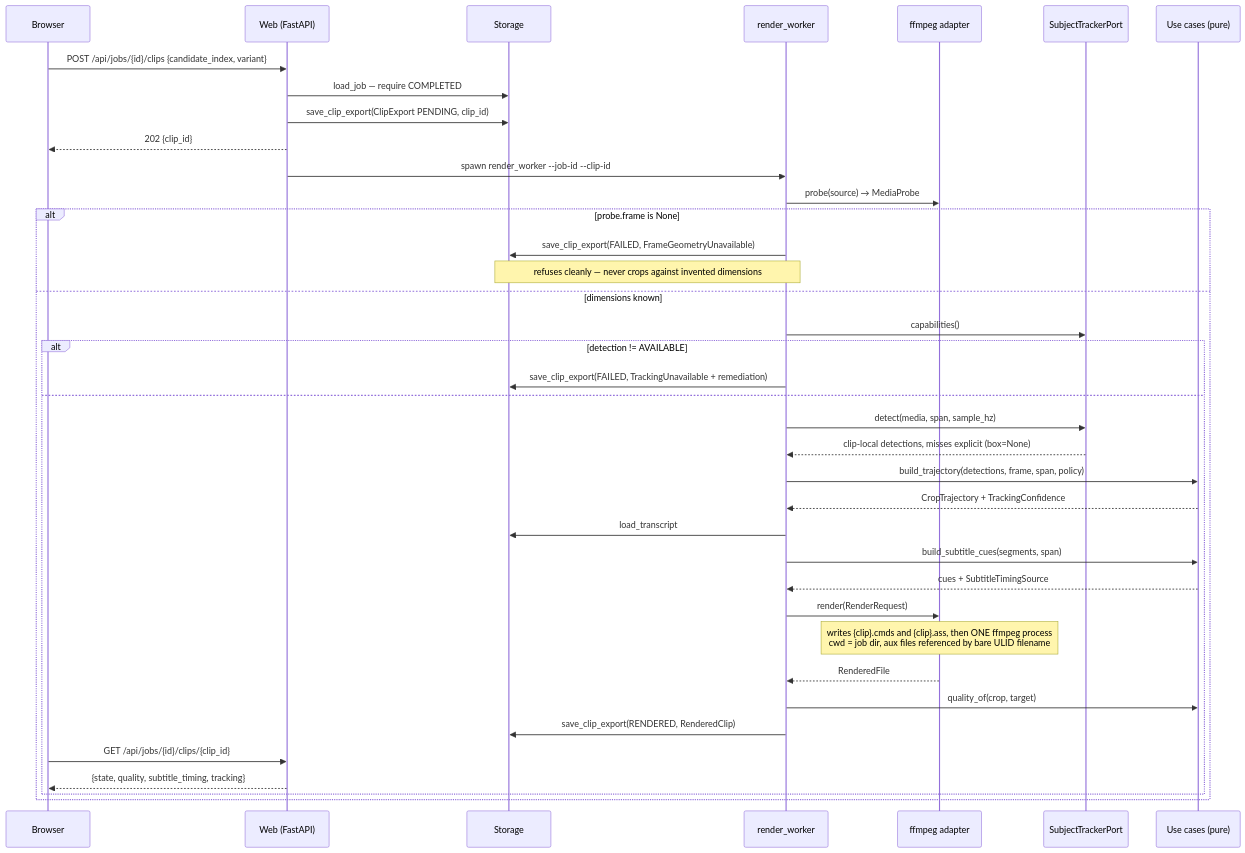
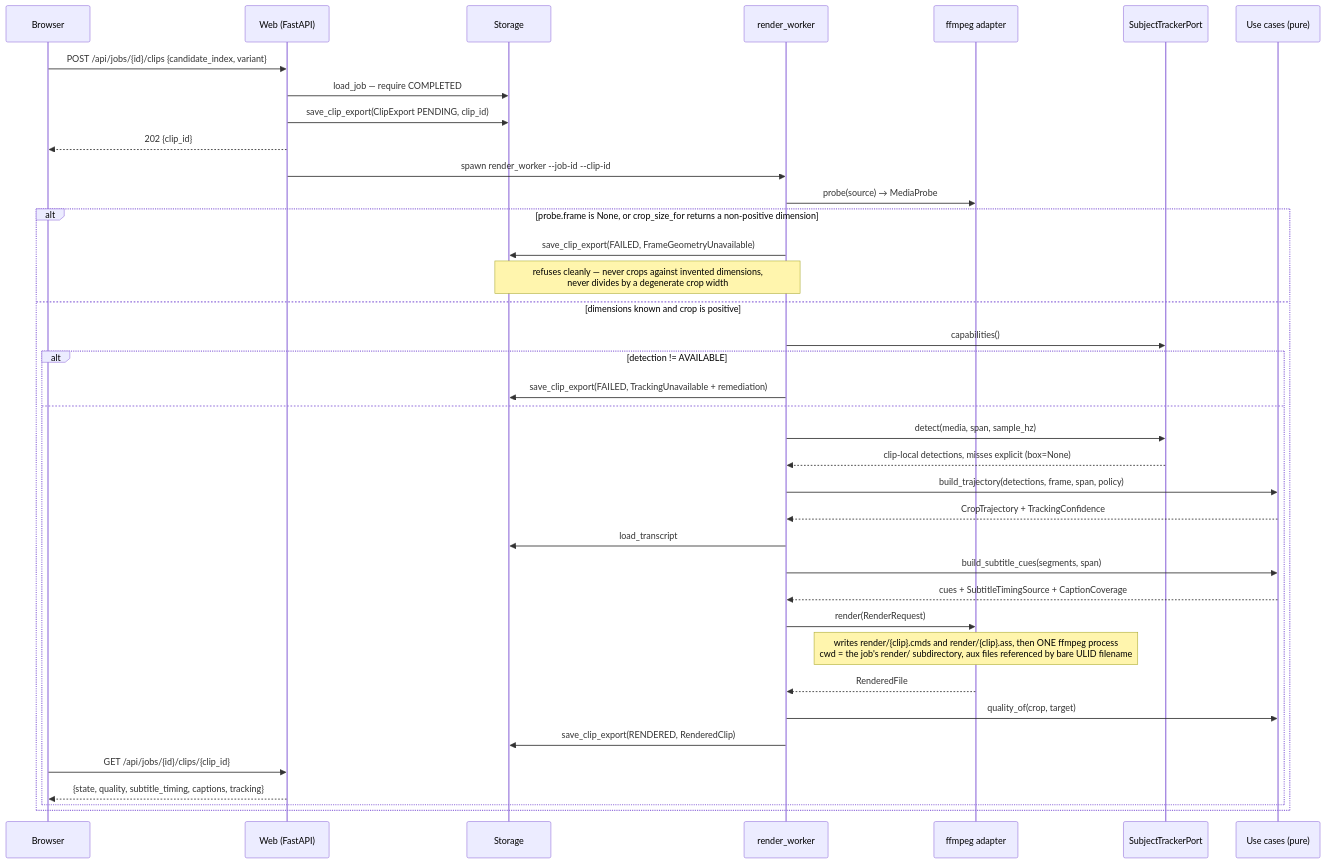
One commit to educode7/onevoicecut changed the third of 3 diagrams in openspec/changes/video-transcription-pipeline/design.md. Above: the diagram before and after it, drawn with Mermaid. The commit also changed other lines of this file and 21 other files, not shown here.

````diff
--- a/openspec/changes/video-transcription-pipeline/design.md
+++ b/openspec/changes/video-transcription-pipeline/design.md
@@ -1385,42 +1506,42 @@
 ```mermaid
 sequenceDiagram
     participant B as Browser
     participant W as Web (FastAPI)
     participant S as Storage
     participant RW as render_worker
     participant FF as ffmpeg adapter
     participant TR as SubjectTrackerPort
     participant UC as Use cases (pure)
 
     B->>W: POST /api/jobs/{id}/clips {candidate_index, variant}
     W->>S: load_job — require COMPLETED
     W->>S: save_clip_export(ClipExport PENDING, clip_id)
     W-->>B: 202 {clip_id}
     W->>RW: spawn render_worker --job-id --clip-id
 
     RW->>FF: probe(source) → MediaProbe
-    alt probe.frame is None
+    alt probe.frame is None, or crop_size_for returns a non-positive dimension
         RW->>S: save_clip_export(FAILED, FrameGeometryUnavailable)
-        Note over RW,S: refuses cleanly — never crops against invented dimensions
-    else dimensions known
+        Note over RW,S: refuses cleanly — never crops against invented dimensions,<br/>never divides by a degenerate crop width
+    else dimensions known and crop is positive
         RW->>TR: capabilities()
         alt detection != AVAILABLE
             RW->>S: save_clip_export(FAILED, TrackingUnavailable + remediation)
         else
             RW->>TR: detect(media, span, sample_hz)
             TR-->>RW: clip-local detections, misses explicit (box=None)
             RW->>UC: build_trajectory(detections, frame, span, policy)
             UC-->>RW: CropTrajectory + TrackingConfidence
             RW->>S: load_transcript
             RW->>UC: build_subtitle_cues(segments, span)
-            UC-->>RW: cues + SubtitleTimingSource
+            UC-->>RW: cues + SubtitleTimingSource + CaptionCoverage
             RW->>FF: render(RenderRequest)
-            Note over FF: writes {clip}.cmds and {clip}.ass, then ONE ffmpeg process<br/>cwd = job dir, aux files referenced by bare ULID filename
+            Note over FF: writes render/{clip}.cmds and render/{clip}.ass, then ONE ffmpeg process<br/>cwd = the job's render/ subdirectory, aux files referenced by bare ULID filename
             FF-->>RW: RenderedFile
             RW->>UC: quality_of(crop, target)
             RW->>S: save_clip_export(RENDERED, RenderedClip)
             B->>W: GET /api/jobs/{id}/clips/{clip_id}
-            W-->>B: {state, quality, subtitle_timing, tracking}
+            W-->>B: {state, quality, subtitle_timing, captions, tracking}
         end
     end
 ```
````
